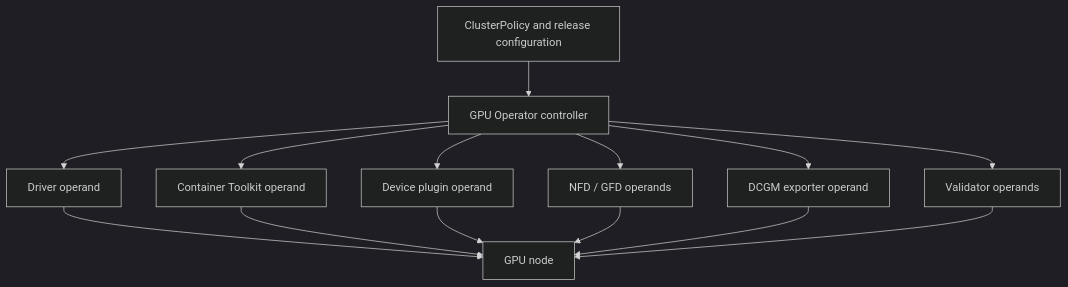
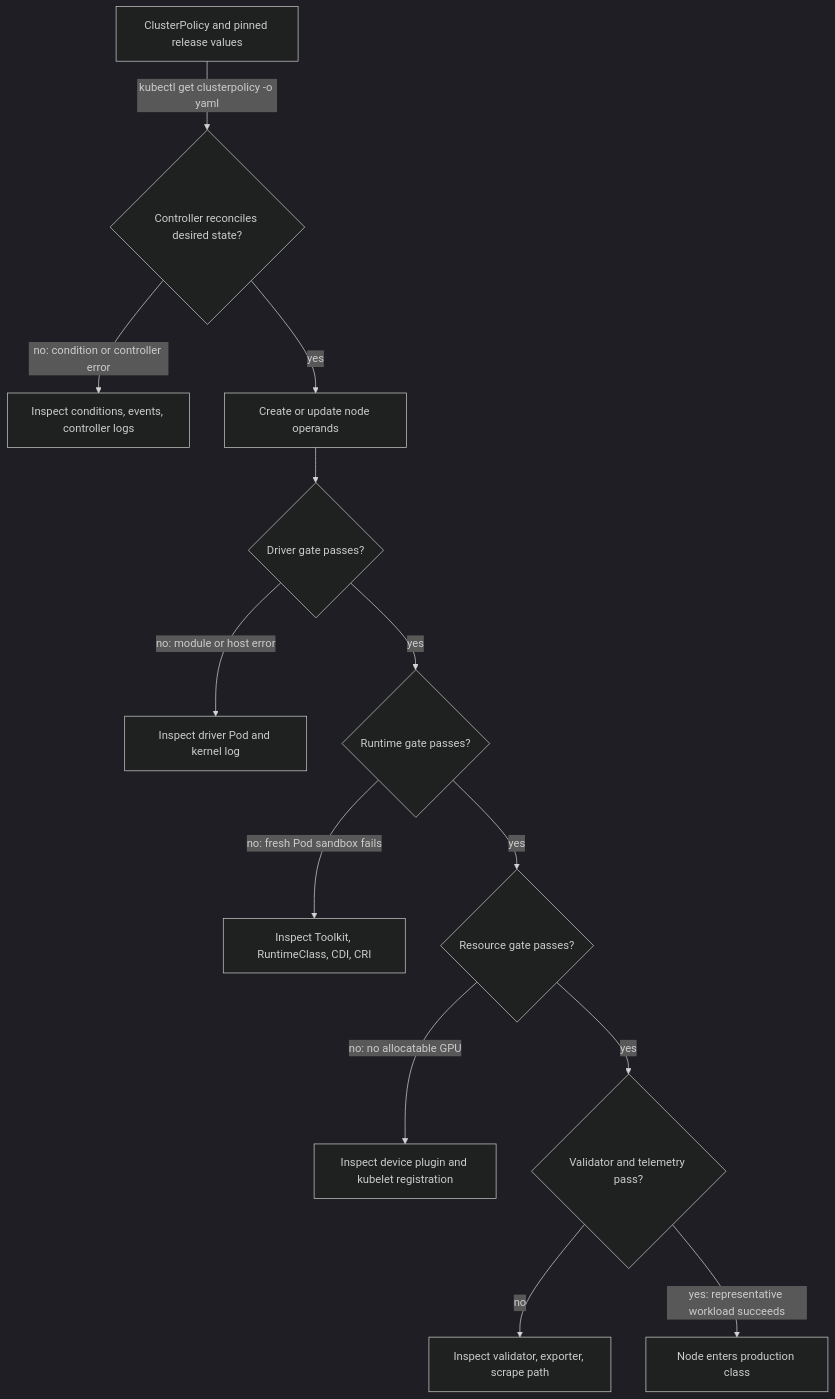
Before and after one commit to jithinpnjm/nvidia-devops: the diagram in docs/nvidia-zero-to-hero/volume-10/chapter-06-gpu-operator-architecture.md, drawn with Mermaid (dark theme). The commit also changed other lines of this file, not shown here.

Commit message:
docs(volume-10): deepen GPU Operator reconciliation evidence

````diff
--- a/docs/nvidia-zero-to-hero/volume-10/chapter-06-gpu-operator-architecture.md
+++ b/docs/nvidia-zero-to-hero/volume-10/chapter-06-gpu-operator-architecture.md
@@ -25,25 +25,15 @@
 ```mermaid
 flowchart TD
-    Policy[ClusterPolicy and release configuration]
-    Controller[GPU Operator controller]
-    Driver[Driver operand]
-    Toolkit[Container Toolkit operand]
-    Plugin[Device plugin operand]
-    Discovery[NFD / GFD operands]
-    Metrics[DCGM exporter operand]
-    Validation[Validator operands]
-    Node[GPU node]
-    Policy --> Controller
-    Controller --> Driver
-    Controller --> Toolkit
-    Controller --> Plugin
-    Controller --> Discovery
-    Controller --> Metrics
-    Controller --> Validation
-    Driver --> Node
-    Toolkit --> Node
-    Plugin --> Node
-    Discovery --> Node
-    Metrics --> Node
-    Validation --> Node
+    Policy[ClusterPolicy and pinned release values] -->|"kubectl get clusterpolicy -o yaml"| Controller{Controller reconciles desired state?}
+    Controller -->|"no: condition or controller error"| ControlFix[Inspect conditions, events, controller logs]
+    Controller -->|yes| Operands[Create or update node operands]
+    Operands --> Driver{Driver gate passes?}
+    Driver -->|no: module or host error| DriverFix[Inspect driver Pod and kernel log]
+    Driver -->|yes| Toolkit{Runtime gate passes?}
+    Toolkit -->|no: fresh Pod sandbox fails| RuntimeFix[Inspect Toolkit, RuntimeClass, CDI, CRI]
+    Toolkit -->|yes| Plugin{Resource gate passes?}
+    Plugin -->|no: no allocatable GPU| PluginFix[Inspect device plugin and kubelet registration]
+    Plugin -->|yes| Validate{Validator and telemetry pass?}
+    Validate -->|no| ValidateFix[Inspect validator, exporter, scrape path]
+    Validate -->|yes: representative workload succeeds| Accepted[Node enters production class]
 ```
````
